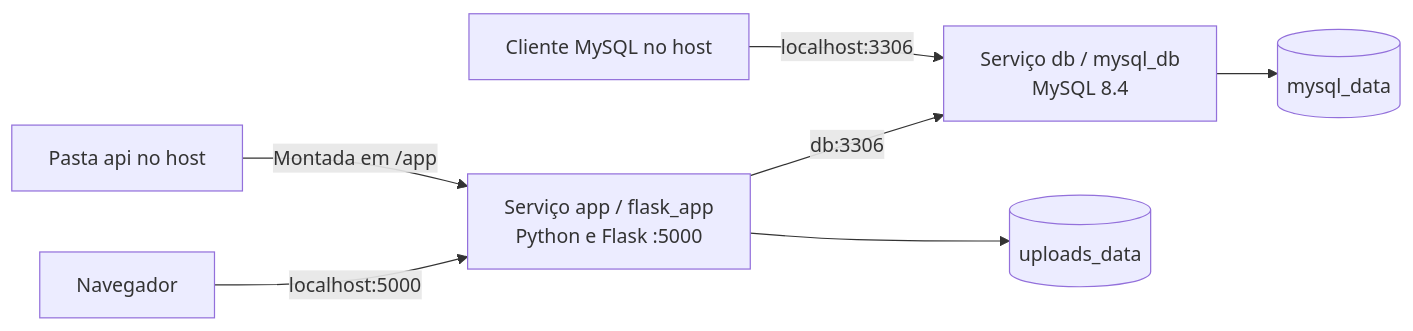
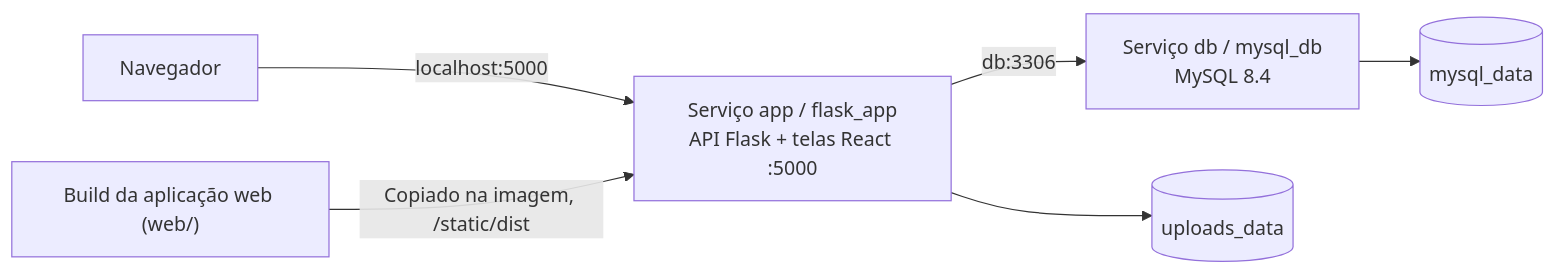
Before and after one commit to Samucau1/Projeto-Educa-Fast: the second of 3 diagrams in README.md, drawn with Mermaid. The commit also changed other lines of this file and 4 other files, not shown here.

````diff
--- a/README.md
+++ b/README.md
@@ -97,9 +97,8 @@
 ```mermaid
 flowchart LR
-    Browser["Navegador"] -->|localhost:5000| App["Serviço app / flask_app\nPython e Flask :5000"]
+    Browser["Navegador"] -->|localhost:5000| App["Serviço app / flask_app\nAPI Flask + telas React :5000"]
     App -->|db:3306| DB["Serviço db / mysql_db\nMySQL 8.4"]
-    Host["Cliente MySQL no host"] -->|localhost:3306| DB
     DB --> Dados[(mysql_data)]
     App --> Uploads[(uploads_data)]
-    Codigo["Pasta api no host"] -->|Montada em /app| App
+    Web["Build da aplicação web (web/)"] -->|Copiado na imagem, /static/dist| App
 ```
````
